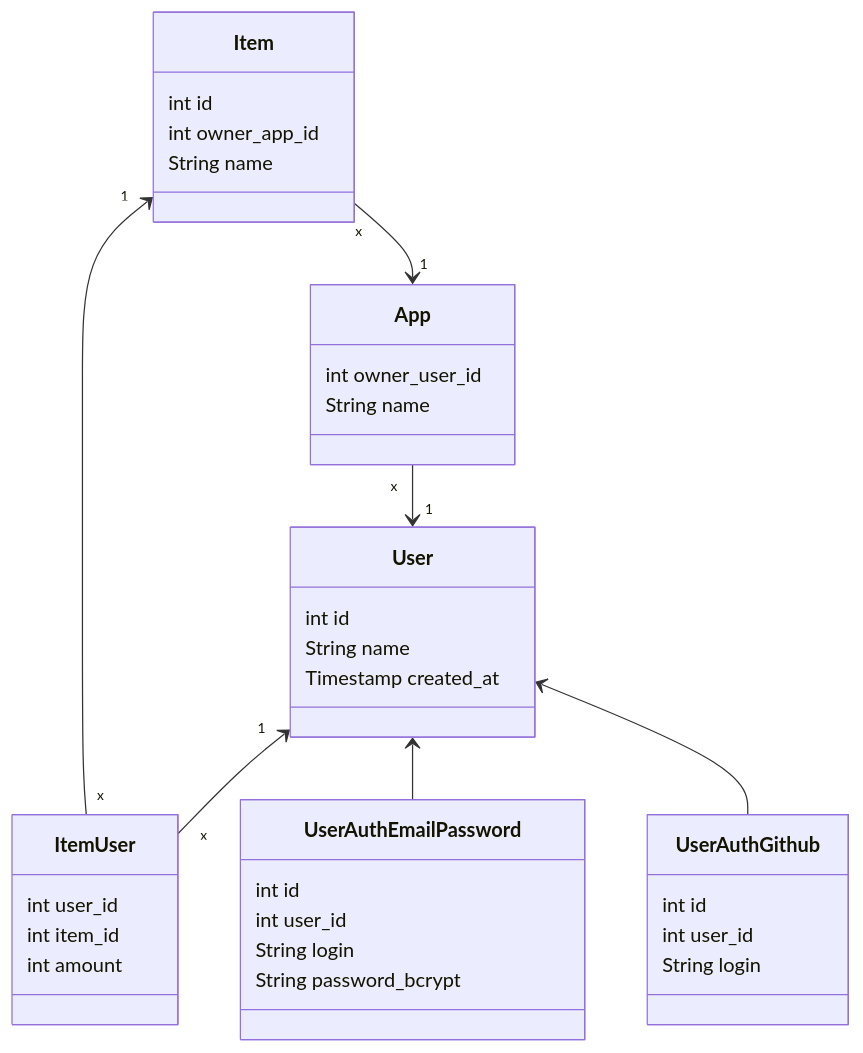
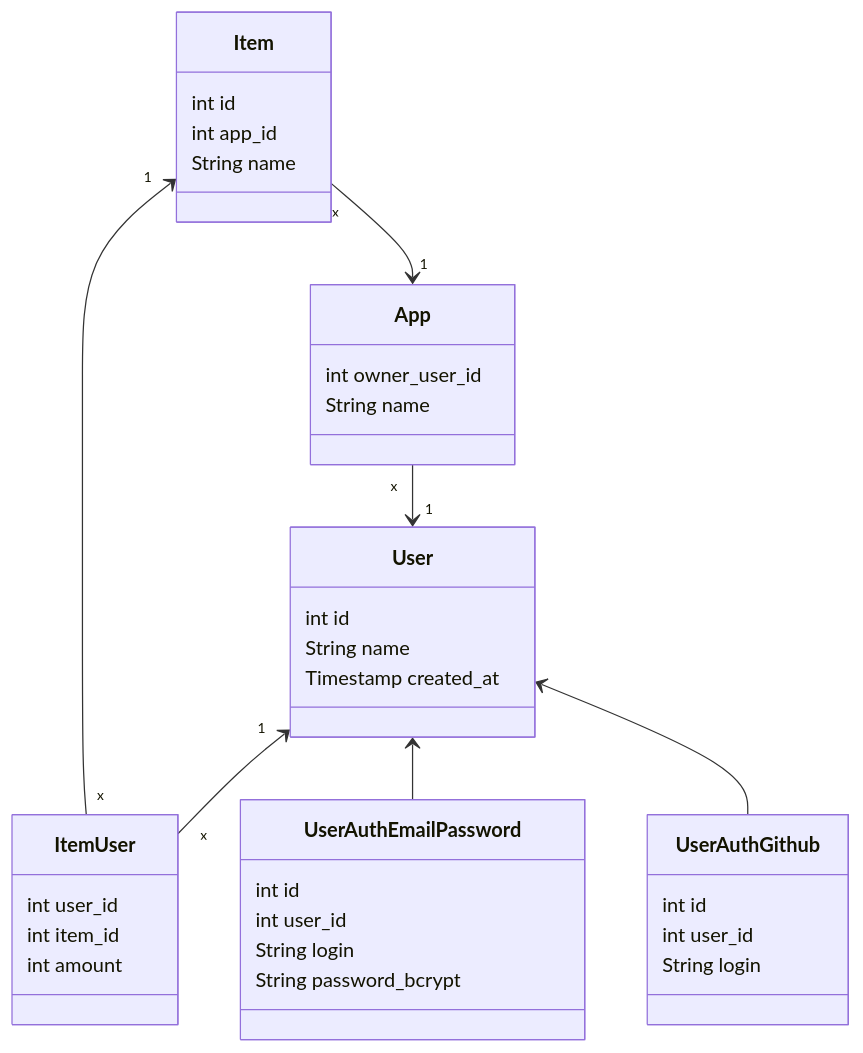
One commit to Vrixyz/backpack changed the diagram in crates/backpack-server/docs/database.md. Above: the diagram before and after it, drawn with Mermaid. The commit also changed 7 other files, not shown here.

````diff
--- a/crates/backpack-server/docs/database.md
+++ b/crates/backpack-server/docs/database.md
@@ -1,42 +1,42 @@
 ```mermaid
 classDiagram
     class User {
         int id
         String name
         Timestamp created_at
     }
 
     class Item {
         int id
-        int owner_app_id
+        int app_id
         String name
     }
     class ItemUser {
         int user_id
         int item_id
         int amount
     }
     class App {
         int owner_user_id
         String name
     }
     User "1" <-- "x" ItemUser
     Item "1" <-- "x" ItemUser
     App "x" --> "1" User
     Item "x" --> "1" App
 
     authentication
     class UserAuthEmailPassword {
         int id
         int user_id
         String login
         String password_bcrypt
     }
     User <-- UserAuthEmailPassword
     class UserAuthGithub {
         int id
         int user_id
         String login
     }
     User <-- UserAuthGithub
 ```
````
